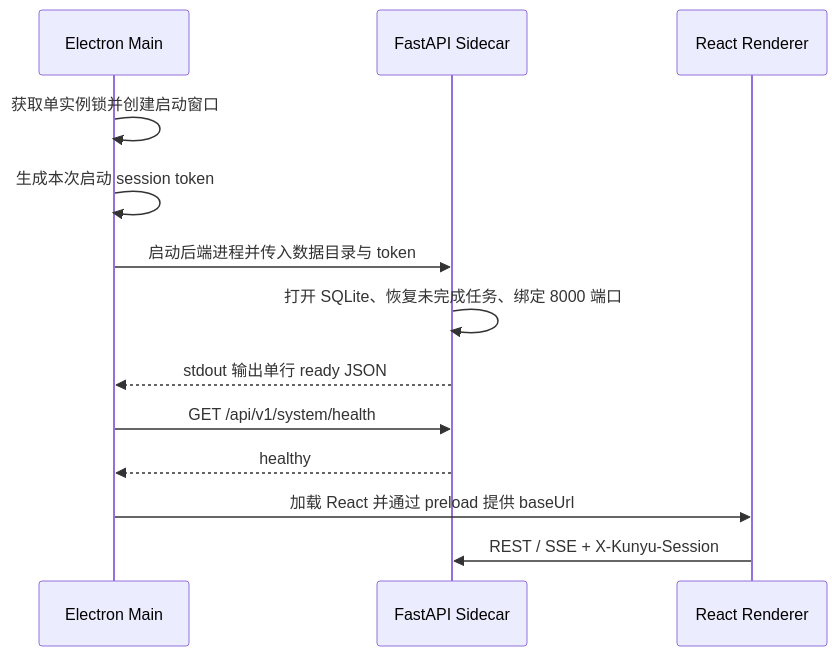
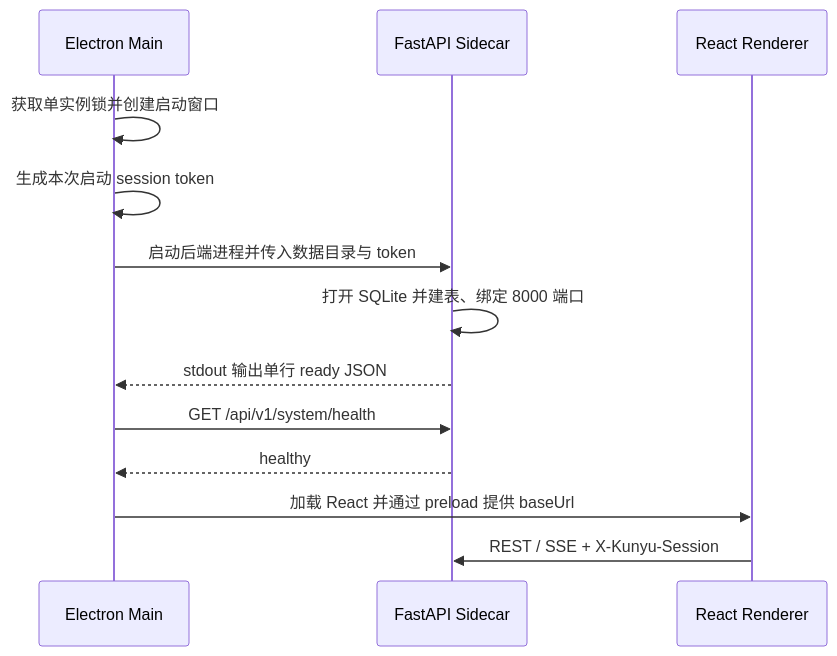
One commit to haodijia/kunyu-geoagent changed the third of 5 diagrams in docs/开发架构设计.md. Above: the diagram before and after it, drawn with Mermaid. The commit also changed other lines of this file and 2 other files, not shown here.

Commit message:
docs: align architecture with phase one and plan phase two

````diff
--- a/docs/开发架构设计.md
+++ b/docs/开发架构设计.md
@@ -486,16 +477,16 @@
 ```mermaid
 sequenceDiagram
     participant E as Electron Main
     participant B as FastAPI Sidecar
     participant R as React Renderer
 
     E->>E: 获取单实例锁并创建启动窗口
     E->>E: 生成本次启动 session token
     E->>B: 启动后端进程并传入数据目录与 token
-    B->>B: 打开 SQLite、恢复未完成任务、绑定 8000 端口
+    B->>B: 打开 SQLite 并建表、绑定 8000 端口
     B-->>E: stdout 输出单行 ready JSON
     E->>B: GET /api/v1/system/health
     B-->>E: healthy
     E->>R: 加载 React 并通过 preload 提供 baseUrl
     R->>B: REST / SSE + X-Kunyu-Session
 ```
````
